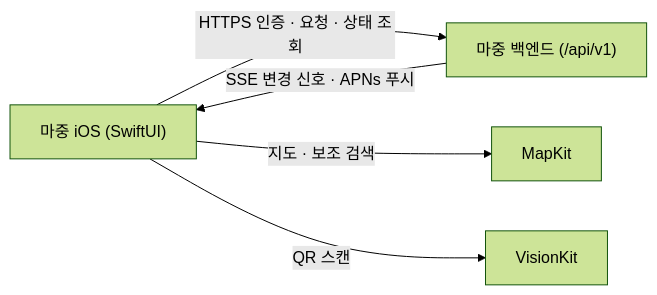
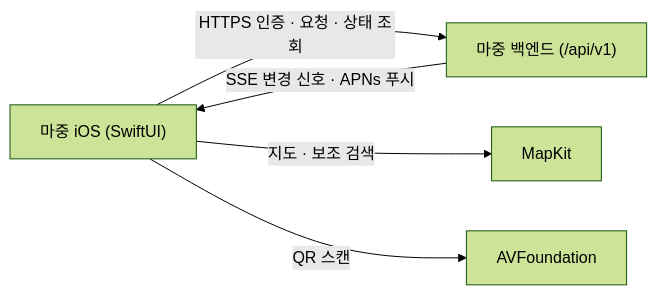
The diagram in README.md (majung-team/majung-ios), drawn with Mermaid (forest theme) before and after one commit. The commit also changed other lines of this file, not shown here.

````diff
--- a/README.md
+++ b/README.md
@@ -35,7 +37,7 @@
 ```mermaid
 flowchart LR
     iOS["마중 iOS (SwiftUI)"] -->|"HTTPS 인증 · 요청 · 상태 조회"| API["마중 백엔드 (/api/v1)"]
     API -->|"SSE 변경 신호 · APNs 푸시"| iOS
     iOS -->|"지도 · 보조 검색"| Map["MapKit"]
-    iOS -->|"QR 스캔"| Cam["VisionKit"]
+    iOS -->|"QR 스캔"| Cam["AVFoundation"]
 ```
````
